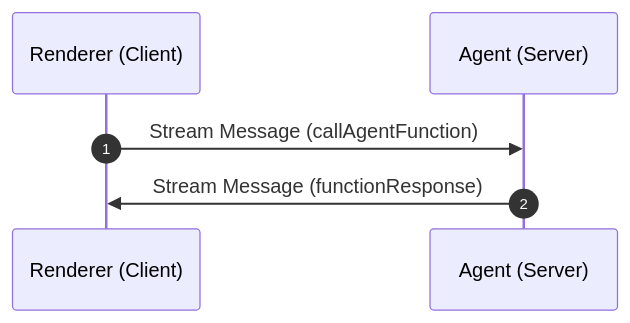
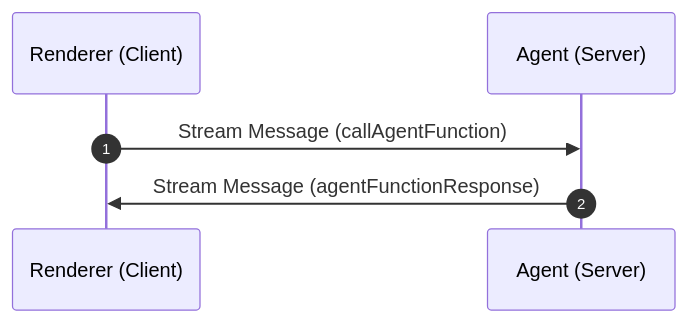
One commit to a2ui-project/a2ui changed the fourth of 5 diagrams in specification/v1_0/docs/a2ui_protocol.md. Above: the diagram before and after it, drawn with Mermaid. The commit also changed other lines of this file and 12 other files, not shown here.

Commit message:
docs(spec): resolve v1.0 prose and schema inconsistencies

````diff
--- a/specification/v1_0/docs/a2ui_protocol.md
+++ b/specification/v1_0/docs/a2ui_protocol.md
@@ -454,9 +463,9 @@
 ```mermaid
 sequenceDiagram
     autonumber
     participant Client as Renderer (Client)
     participant Agent as Agent (Server)
 
     Client->>Agent: Stream Message (callAgentFunction)
-    Agent->>Client: Stream Message (functionResponse)
+    Agent->>Client: Stream Message (agentFunctionResponse)
 ```
````
